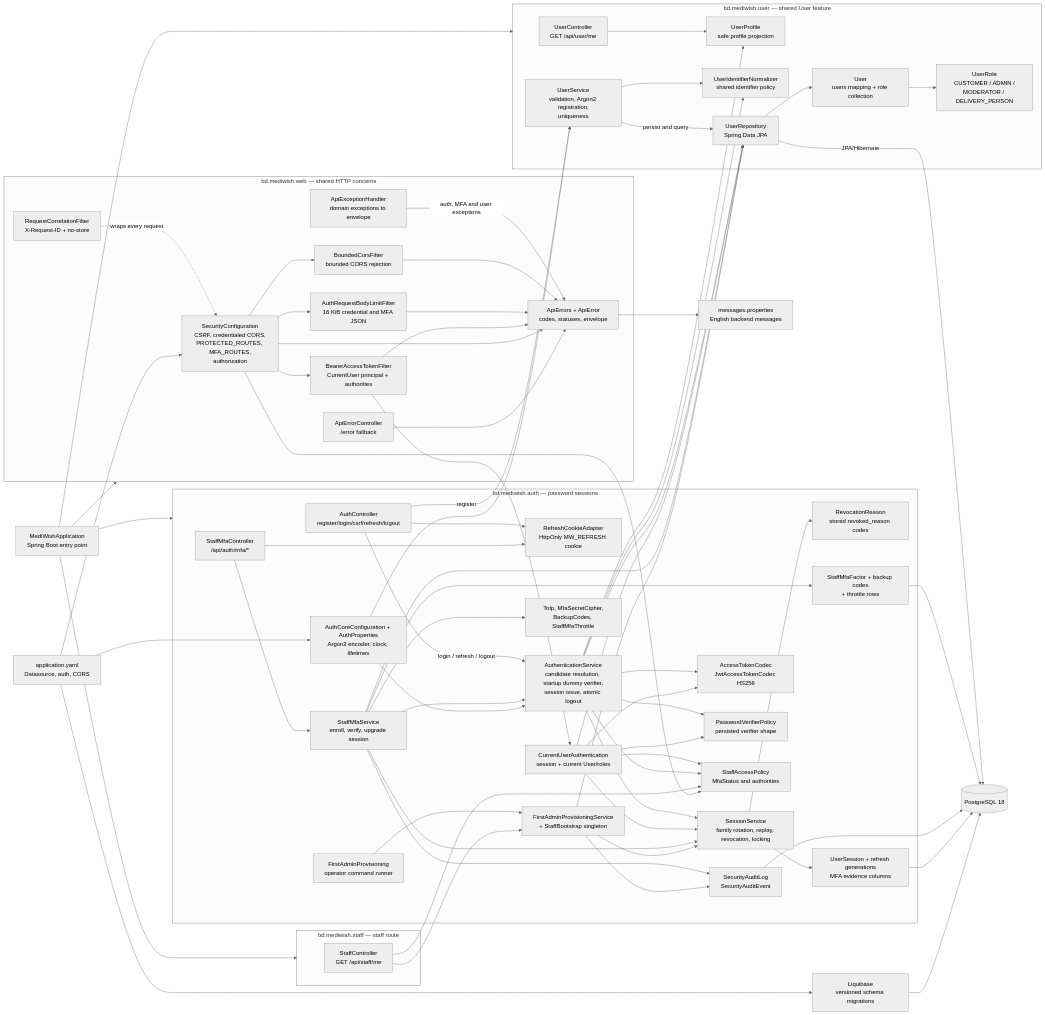
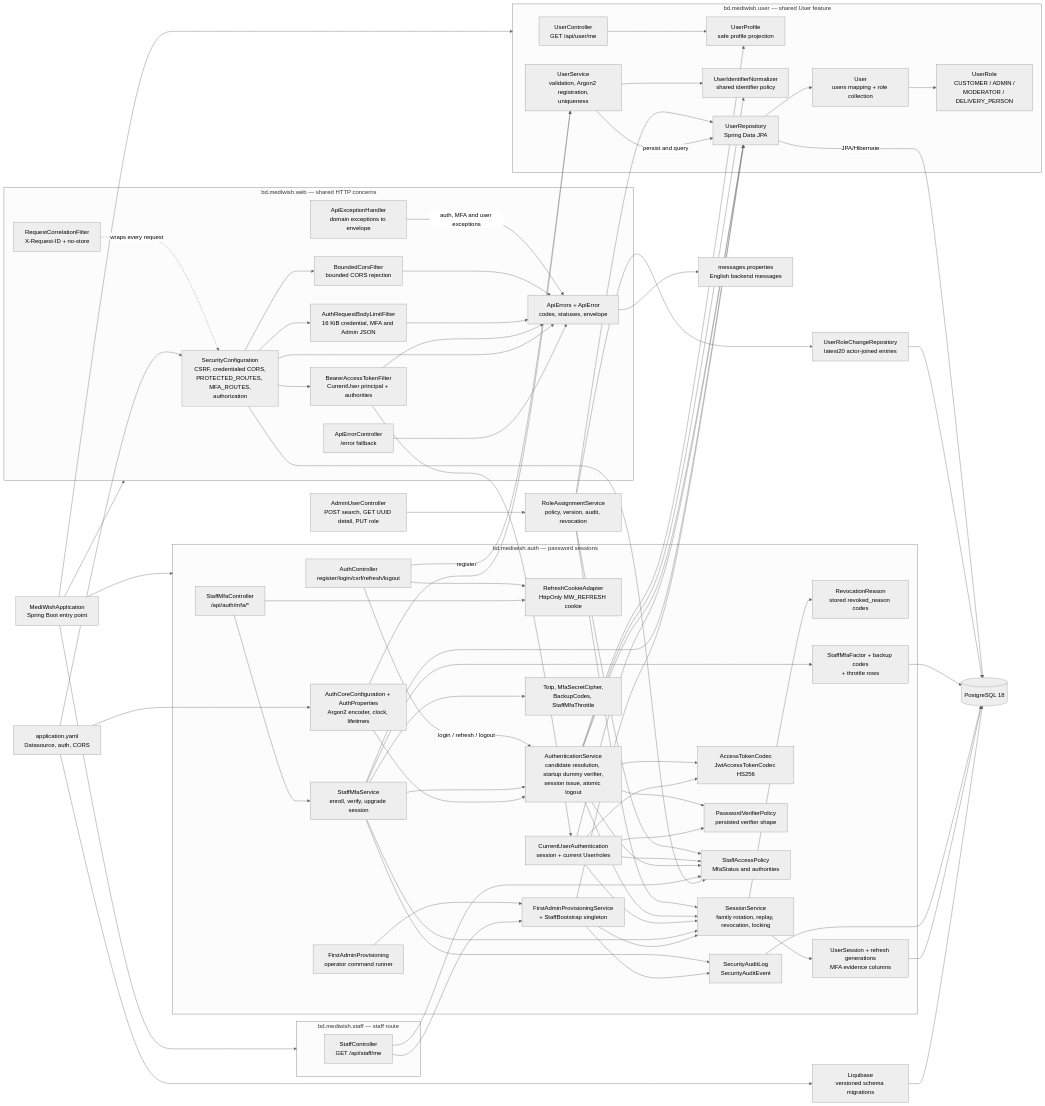
One commit to n-saakib/medi-wish-bd changed the first of 3 diagrams in backend/docs/code-architecture.md. Above: the diagram before and after it, drawn with Mermaid (neutral theme). The commit also changed other lines of this file and 104 other files, not shown here.

```diff
--- a/backend/docs/code-architecture.md
+++ b/backend/docs/code-architecture.md
@@ -49,6 +51,16 @@
         AUD[SecurityAuditLog<br/>SecurityAuditEvent]
     end
 
+    ADMINHTTP[AdminUserController<br/>POST search, GET UUID detail, PUT role]
+    ROLECOMMAND[RoleAssignmentService<br/>policy, version, audit, revocation]
+    ROLEAUDIT[UserRoleChangeRepository<br/>latest20 actor-joined entries]
+    ADMINHTTP --> ROLECOMMAND
+    ROLECOMMAND --> UR
+    ROLECOMMAND --> SS
+    ROLECOMMAND --> POL
+    ROLECOMMAND --> ROLEAUDIT
+    ROLEAUDIT --> DB
+
     subgraph STAFF[bd.mediwish.staff — staff route]
         SC[StaffController<br/>GET /api/staff/me]
     end
@@ -57,7 +69,7 @@
         SEC[SecurityConfiguration<br/>CSRF, credentialed CORS,<br/>PROTECTED_ROUTES, MFA_ROUTES,<br/>authorization]
         BF[BearerAccessTokenFilter<br/>CurrentUser principal + authorities]
         CORS[BoundedCorsFilter<br/>bounded CORS rejection]
-        BODY[AuthRequestBodyLimitFilter<br/>16 KiB credential and MFA JSON]
+        BODY[AuthRequestBodyLimitFilter<br/>16 KiB credential, MFA and Admin JSON]
         EXH[ApiExceptionHandler<br/>domain exceptions to envelope]
         ERR[ApiErrors + ApiError<br/>codes, statuses, envelope]
         ERRCTRL[ApiErrorController<br/>/error fallback]
```
